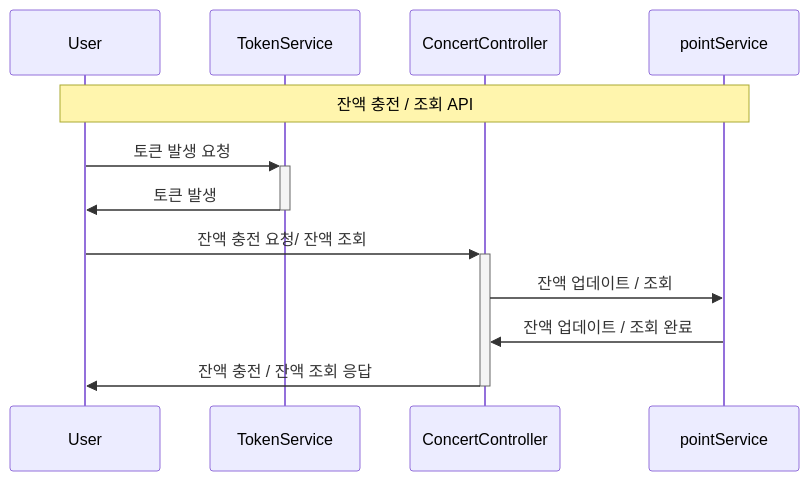
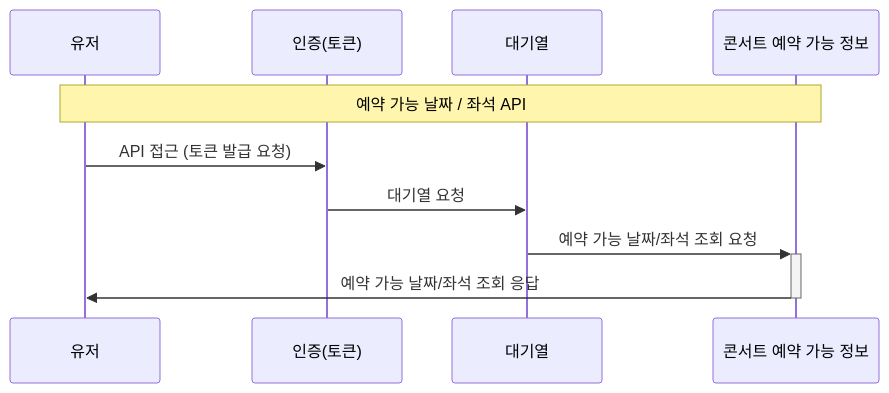
Before and after one commit to tak-tack/hhplus-3th-reserve: the third of 4 diagrams in read.md, drawn with Mermaid. The commit also changed other lines of this file, not shown here.

Commit message:
2024-07-03 시퀀스 다이어그램 수정

````diff
--- a/read.md
+++ b/read.md
@@ -30,23 +31,13 @@
 ```mermaid
 sequenceDiagram
-    participant User
-    participant TokenService
-    participant ConcertController
-    participant pointService
+    participant 유저
+    participant 인증(토큰)
+    participant 대기열
+    participant 콘서트 예약 가능 정보
 
-
-    Note over User, pointService : 잔액 충전 / 조회 API
-    User ->>+ TokenService : 토큰 발생 요청
-    TokenService ->>- User : 토큰 발생
-
-
-    User ->>+ ConcertController : 잔액 충전 요청/ 잔액 조회
-    ConcertController ->> pointService : 잔액 업데이트 / 조회
-    pointService ->> ConcertController : 잔액 업데이트 / 조회 완료
-    ConcertController ->>- User : 잔액 충전 / 잔액 조회 응답
-
-
-
-
-
+    Note over 유저, 콘서트 예약 가능 정보 : 예약 가능 날짜 / 좌석 API
+    유저 ->> 인증(토큰) :  API 접근 (토큰 발급 요청)
+    인증(토큰) ->> 대기열: 대기열 요청
+    대기열 ->>+ 콘서트 예약 가능 정보 : 예약 가능 날짜/좌석 조회 요청
+    콘서트 예약 가능 정보 ->>- 유저 : 예약 가능 날짜/좌석 조회 응답
 ```
````
